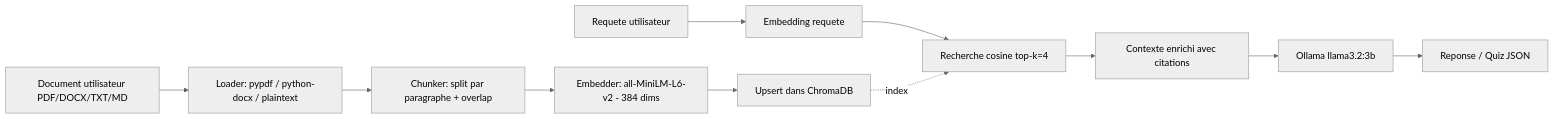
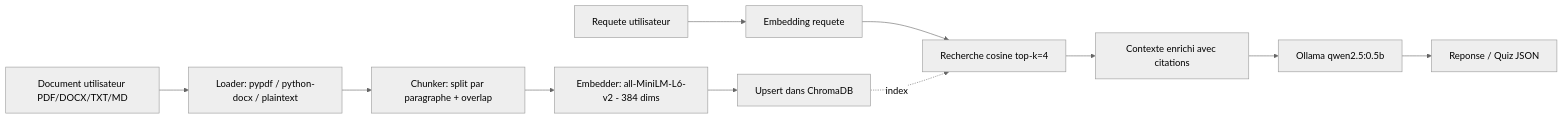
One commit to MBoukhatem/quizz-cours-IA changed the fourth of 5 diagrams in docs/architecture.md. Above: the diagram before and after it, drawn with Mermaid (neutral theme). The commit also changed other lines of this file and 5 other files, not shown here.

````diff
--- a/docs/architecture.md
+++ b/docs/architecture.md
@@ -159,21 +159,21 @@
 ```mermaid
 flowchart LR
     DOC[Document utilisateur PDF/DOCX/TXT/MD]
     LOAD[Loader: pypdf / python-docx / plaintext]
     SPLIT[Chunker: split par paragraphe + overlap]
     EMB[Embedder: all-MiniLM-L6-v2 - 384 dims]
     UPS[Upsert dans ChromaDB]
 
     DOC --> LOAD --> SPLIT --> EMB --> UPS
 
     Q[Requete utilisateur]
     QEMB[Embedding requete]
     SEARCH[Recherche cosine top-k=4]
     CTX[Contexte enrichi avec citations]
-    LLM[Ollama llama3.2:3b]
+    LLM[Ollama qwen2.5:0.5b]
     OUT[Reponse / Quiz JSON]
 
     Q --> QEMB --> SEARCH
     UPS -.->|index| SEARCH
     SEARCH --> CTX --> LLM --> OUT
 ```
````
